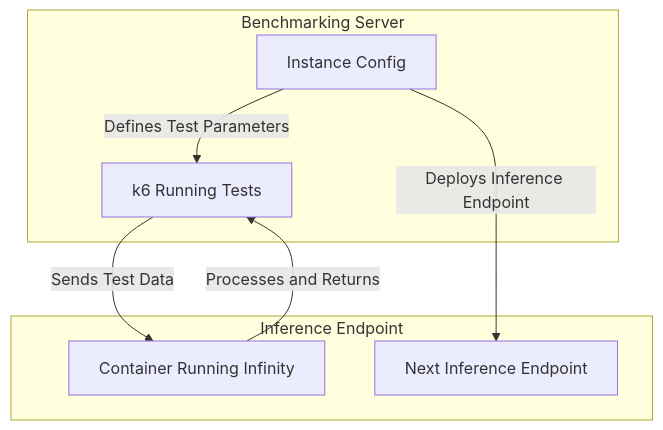
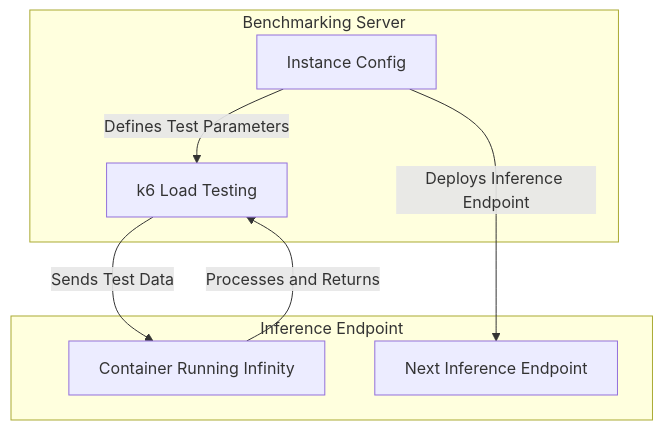
Before and after one commit to datavistics/encoder-analysis: the diagram in README.md, drawn with Mermaid. The commit also changed other lines of this file and 11 other files, not shown here.

````diff
--- a/README.md
+++ b/README.md
@@ -73,17 +73,17 @@
 ```mermaid
 flowchart TD;
     subgraph Benchmarking Server
-        A[k6 Running Tests]
+        A[k6 Load Testing]
         D[Instance Config]
     end
 
     subgraph Inference Endpoint
         C[Container Running Infinity]
         E[Next Inference Endpoint]
     end
 
     D -->|Defines Test Parameters| A
     D -->|Deploys Inference Endpoint| E
     A -->|Sends Test Data| C
     C -->|Processes and Returns| A
 ```
````
